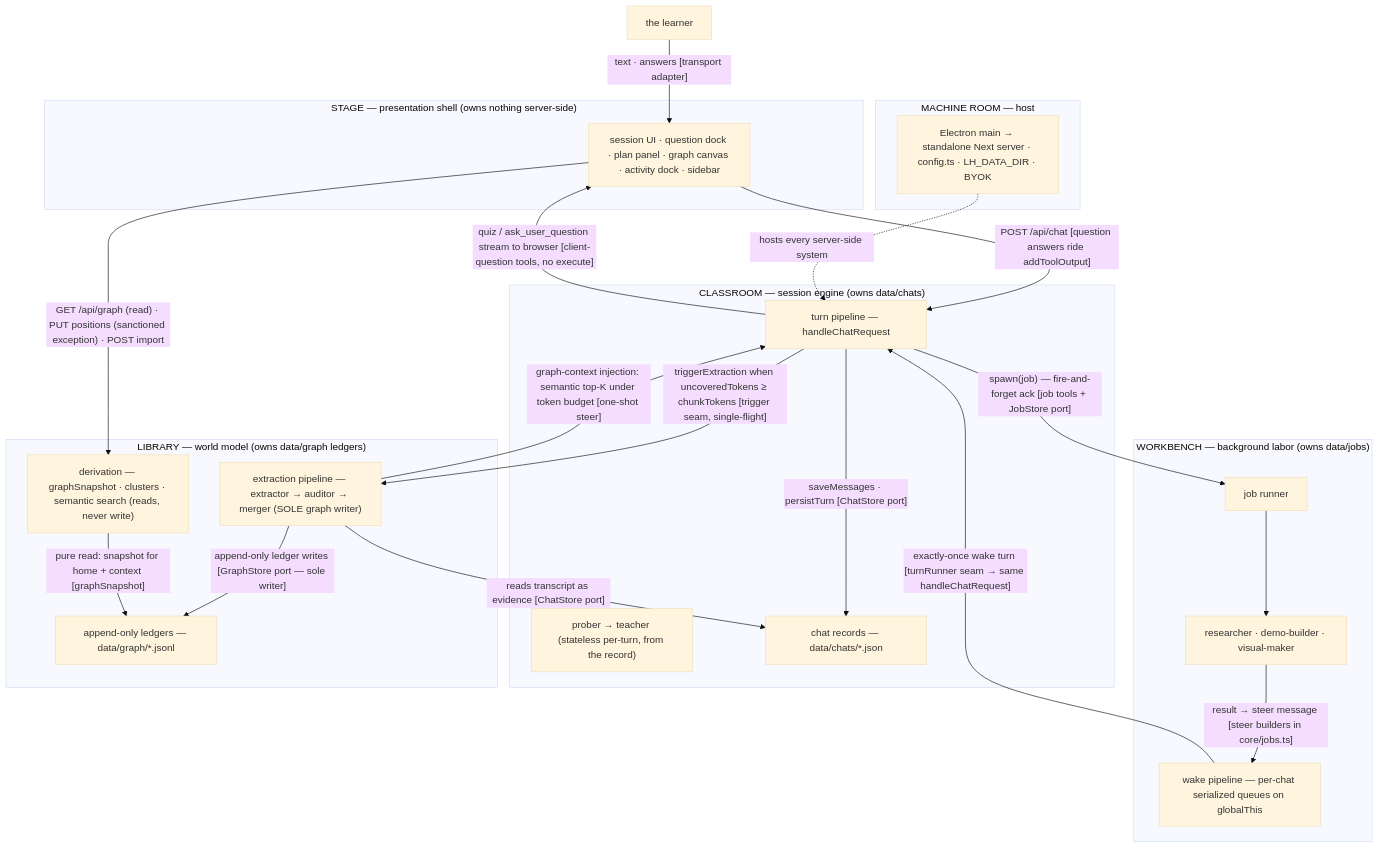
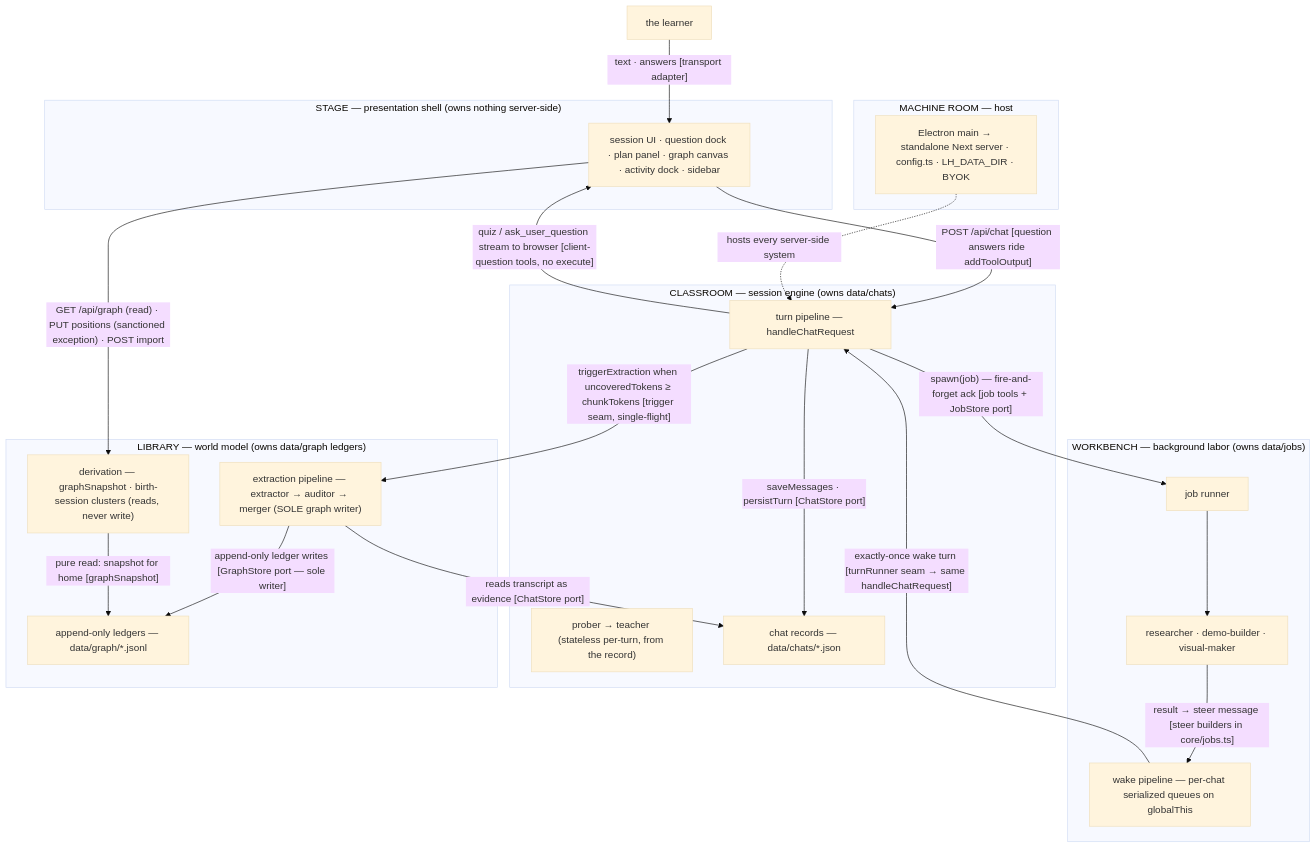
One commit to 0xCUB3/learnharness changed the third of 7 diagrams in docs/architecture.md. Above: the diagram before and after it, drawn with Mermaid (base theme). The commit also changed other lines of this file and 4 other files, not shown here.

````diff
--- a/docs/architecture.md
+++ b/docs/architecture.md
@@ -216,46 +214,45 @@
 ```mermaid
 flowchart TB
     LEARNER["the learner"]
 
     subgraph STAGE["STAGE — presentation shell (owns nothing server-side)"]
         UI["session UI · question dock · plan panel · graph canvas · activity dock · sidebar"]
     end
 
     subgraph CLASSROOM["CLASSROOM — session engine (owns data/chats)"]
         TURN["turn pipeline — handleChatRequest"]
         AGENTS["prober → teacher (stateless per-turn, from the record)"]
         CHATDATA["chat records — data/chats/*.json"]
     end
 
     subgraph WORKBENCH["WORKBENCH — background labor (owns data/jobs)"]
         JOBRUN["job runner"]
         SUBAGENTS["researcher · demo-builder · visual-maker"]
         WAKE["wake pipeline — per-chat serialized queues on globalThis"]
     end
 
     subgraph LIBRARY["LIBRARY — world model (owns data/graph ledgers)"]
         EXTRACT["extraction pipeline — extractor → auditor → merger (SOLE graph writer)"]
-        DERIVE["derivation — graphSnapshot · clusters · semantic search (reads, never write)"]
+        DERIVE["derivation — graphSnapshot · birth-session clusters (reads, never write)"]
         GRAPHDATA["append-only ledgers — data/graph/*.jsonl"]
     end
 
     subgraph ROOM["MACHINE ROOM — host"]
         HOST["Electron main → standalone Next server · config.ts · LH_DATA_DIR · BYOK"]
     end
 
     LEARNER -->|"text · answers [transport adapter]"| UI
     UI -->|"POST /api/chat [question answers ride addToolOutput]"| TURN
     TURN -->|"quiz / ask_user_question stream to browser [client-question tools, no execute]"| UI
     TURN -->|"saveMessages · persistTurn [ChatStore port]"| CHATDATA
     TURN -->|"spawn(job) — fire-and-forget ack [job tools + JobStore port]"| JOBRUN
     JOBRUN --> SUBAGENTS
     SUBAGENTS -->|"result → steer message [steer builders in core/jobs.ts]"| WAKE
     WAKE -->|"exactly-once wake turn [turnRunner seam → same handleChatRequest]"| TURN
     TURN -->|"triggerExtraction when uncoveredTokens ≥ chunkTokens [trigger seam, single-flight]"| EXTRACT
     EXTRACT -->|"reads transcript as evidence [ChatStore port]"| CHATDATA
     EXTRACT -->|"append-only ledger writes [GraphStore port — sole writer]"| GRAPHDATA
-    EXTRACT -->|"graph-context injection: semantic top-K under token budget [one-shot steer]"| TURN
-    DERIVE -->|"pure read: snapshot for home + context [graphSnapshot]"| GRAPHDATA
+    DERIVE -->|"pure read: snapshot for home [graphSnapshot]"| GRAPHDATA
     UI -->|"GET /api/graph (read) · PUT positions (sanctioned exception) · POST import"| DERIVE
     HOST -.->|"hosts every server-side system"| TURN
 ```
````
